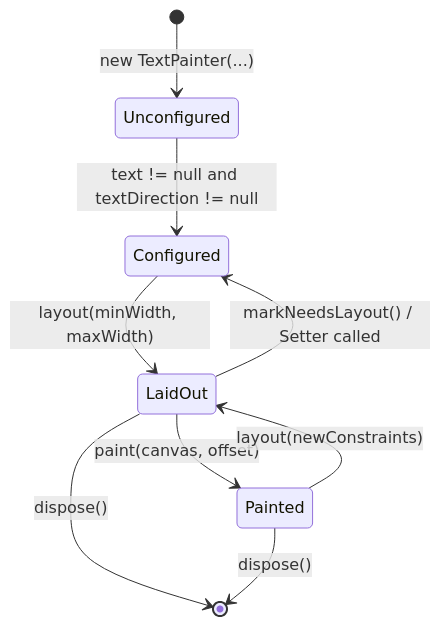
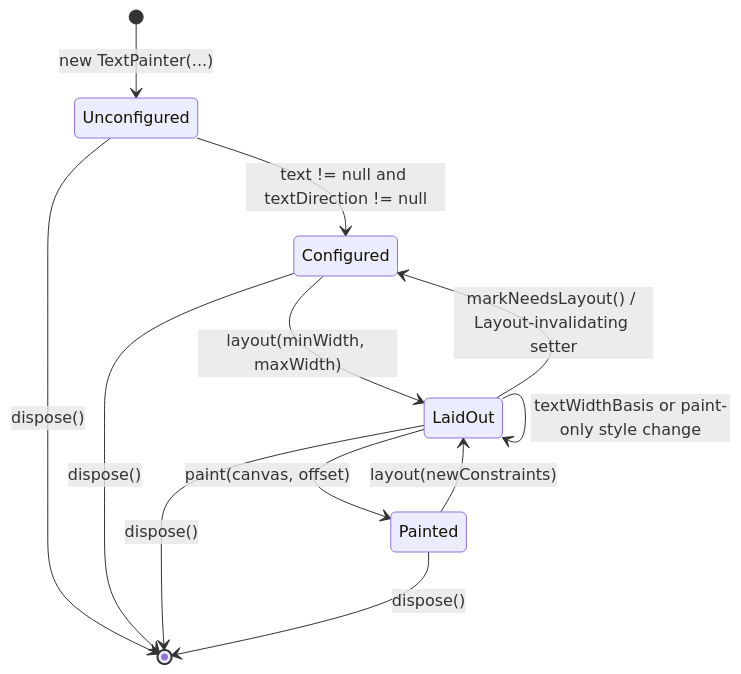
Before and after one commit to Renzo-Olivares/flutter: the fourth of 4 diagrams in packages/flutter/lib/src/painting/ABOUT_TEXT_PAINTER.md, drawn with Mermaid. The commit also changed other lines of this file, not shown here.

Commit message:
critical review of ABOUT_TEXT_PAINTER.md

````diff
--- a/packages/flutter/lib/src/painting/ABOUT_TEXT_PAINTER.md
+++ b/packages/flutter/lib/src/painting/ABOUT_TEXT_PAINTER.md
@@ -259,11 +288,14 @@
 ```mermaid
 stateDiagram-v2
     [*] --> Unconfigured: new TextPainter(...)
     Unconfigured --> Configured: text != null and textDirection != null
     Configured --> LaidOut: layout(minWidth, maxWidth)
     LaidOut --> Painted: paint(canvas, offset)
     Painted --> LaidOut: layout(newConstraints)
-    LaidOut --> Configured: markNeedsLayout() / Setter called
+    LaidOut --> LaidOut: textWidthBasis or paint-only style change
+    LaidOut --> Configured: markNeedsLayout() / Layout-invalidating setter
+    Unconfigured --> [*]: dispose()
+    Configured --> [*]: dispose()
     LaidOut --> [*]: dispose()
     Painted --> [*]: dispose()
 ```
````
